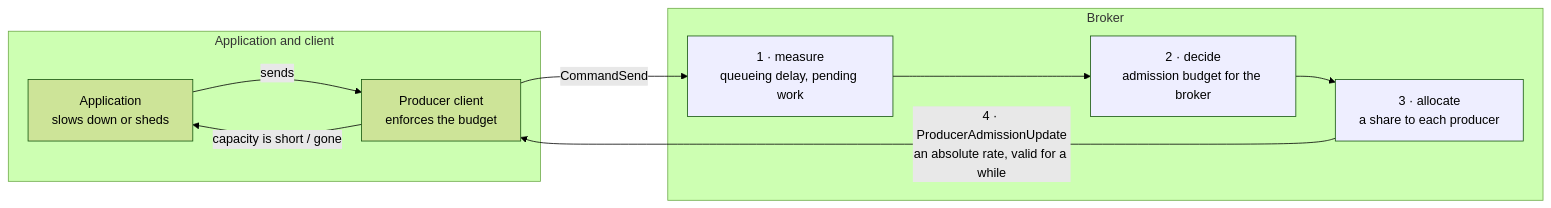
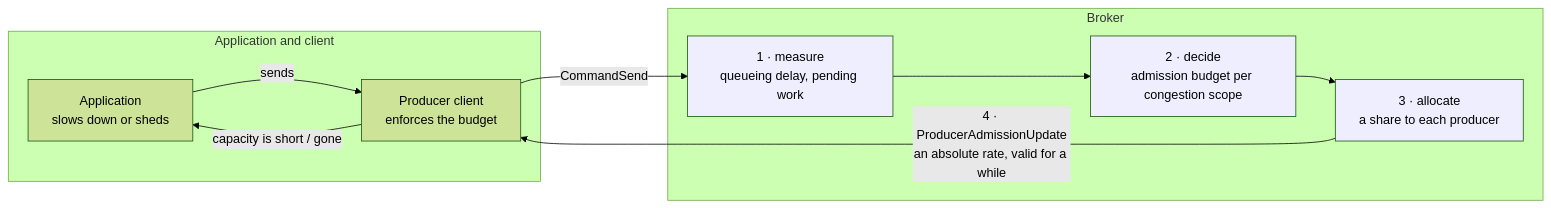
One commit to lhotari/pulsar changed the first of 4 diagrams in pip/pip-495.md. Above: the diagram before and after it, drawn with Mermaid (forest theme). The commit also changed other lines of this file, not shown here.

````diff
--- a/pip/pip-495.md
+++ b/pip/pip-495.md
@@ -239,21 +381,21 @@
 ```mermaid
 flowchart LR
     subgraph AppSide["Application and client"]
       App["Application<br/>slows down or sheds"]
       Cli["Producer client<br/>enforces the budget"]
     end
     subgraph BrokerSide["Broker"]
       Meas["1 · measure<br/>queueing delay, pending work"]
-      Ctl["2 · decide<br/>admission budget for the broker"]
+      Ctl["2 · decide<br/>admission budget per congestion scope"]
       Alloc["3 · allocate<br/>a share to each producer"]
     end
 
     App -- "sends" --> Cli
     Cli -- "CommandSend" --> Meas
     Meas --> Ctl --> Alloc
     Alloc -- "4 · ProducerAdmissionUpdate<br/>an absolute rate, valid for a while" --> Cli
     Cli -- "capacity is short / gone" --> App
 
     classDef m fill:#eef
     class Meas,Ctl,Alloc m
 ```
````
